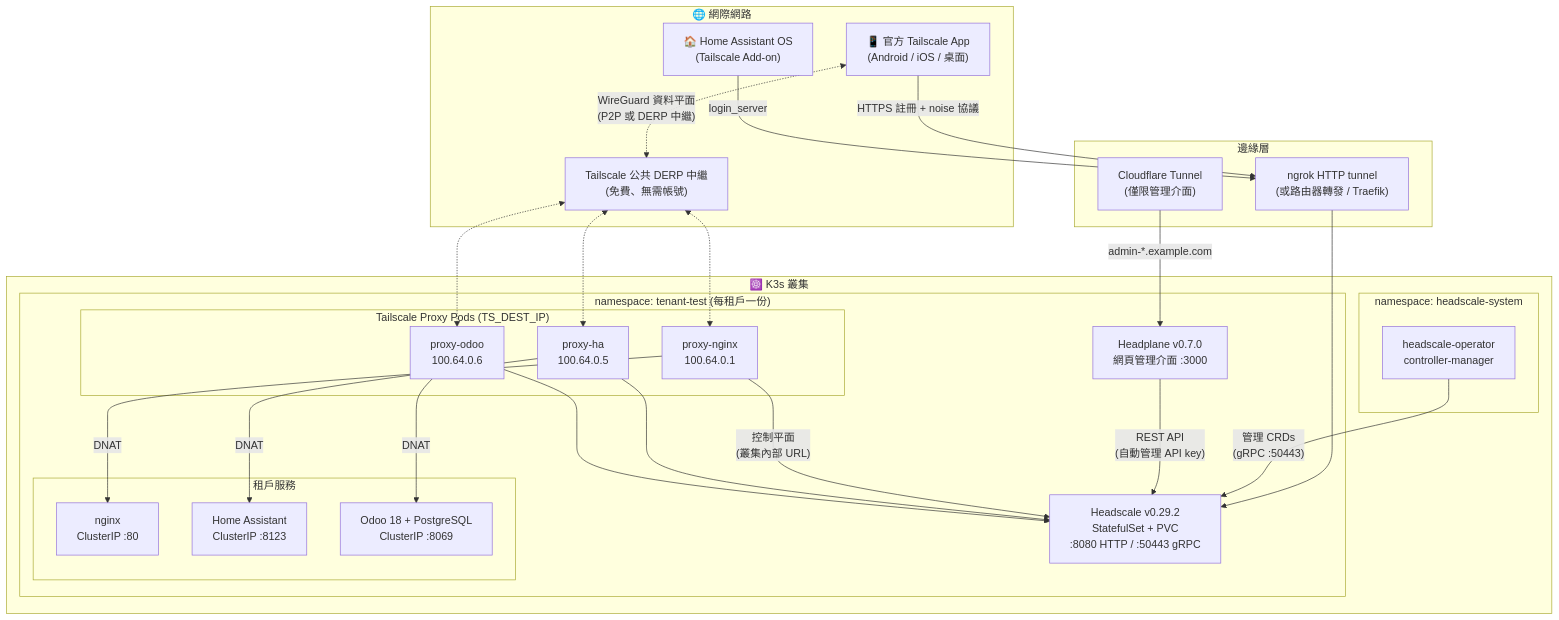
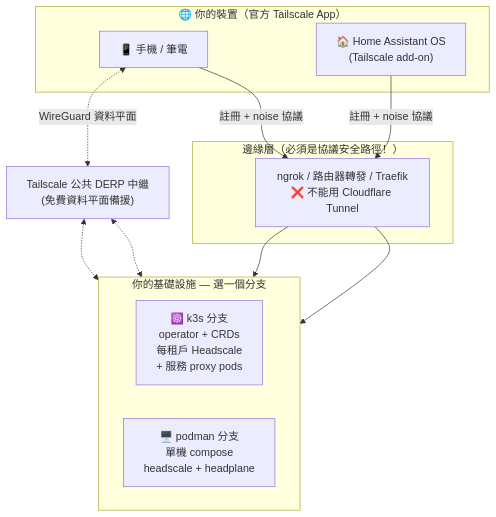
Before and after one commit to WOOWTECH/Woow_vpn_headscale_package: the diagram in README_zh-TW.md, drawn with Mermaid. The commit also changed other lines of this file and 25 other files, not shown here.

````diff
--- a/README_zh-TW.md
+++ b/README_zh-TW.md
@@ -54,51 +53,22 @@
 ```mermaid
 flowchart TB
-    subgraph Internet["🌐 網際網路"]
-        Phone["📱 官方 Tailscale App<br/>(Android / iOS / 桌面)"]
-        HAOS["🏠 Home Assistant OS<br/>(Tailscale Add-on)"]
-        DERP["Tailscale 公共 DERP 中繼<br/>(免費、無需帳號)"]
+    subgraph Clients["🌐 你的裝置（官方 Tailscale App）"]
+        Phone["📱 手機 / 筆電"]
+        HAOS["🏠 Home Assistant OS<br/>(Tailscale add-on)"]
     end
 
-    subgraph Edge["邊緣層"]
-        NGROK["ngrok HTTP tunnel<br/>(或路由器轉發 / Traefik)"]
-        CF["Cloudflare Tunnel<br/>(僅限管理介面)"]
+    subgraph Exposure["邊緣層（必須是協議安全路徑！）"]
+        EDGE["ngrok / 路由器轉發 / Traefik<br/>❌ 不能用 Cloudflare Tunnel"]
     end
 
-    subgraph K3s["☸️ K3s 叢集"]
-        subgraph OperatorNS["namespace: headscale-system"]
-            OP["headscale-operator<br/>controller-manager"]
-        end
-
-        subgraph TenantNS["namespace: tenant-test (每租戶一份)"]
-            HS["Headscale v0.29.2<br/>StatefulSet + PVC<br/>:8080 HTTP / :50443 gRPC"]
-            HP["Headplane v0.7.0<br/>網頁管理介面 :3000"]
-
-            subgraph Services["租戶服務"]
-                NGINX["nginx<br/>ClusterIP :80"]
-                HA["Home Assistant<br/>ClusterIP :8123"]
-                ODOO["Odoo 18 + PostgreSQL<br/>ClusterIP :8069"]
-            end
-
-            subgraph Proxies["Tailscale Proxy Pods (TS_DEST_IP)"]
-                P1["proxy-nginx<br/>100.64.0.1"]
-                P2["proxy-ha<br/>100.64.0.5"]
-                P3["proxy-odoo<br/>100.64.0.6"]
-            end
-        end
+    subgraph Hosting["你的基礎設施 — 選一個分支"]
+        direction LR
+        K3S["☸️ k3s 分支<br/>operator + CRDs<br/>每租戶 Headscale<br/>+ 服務 proxy pods"]
+        PODMAN["🖥️ podman 分支<br/>單機 compose<br/>headscale + headplane"]
     end
 
-    Phone -- "HTTPS 註冊 + noise 協議" --> NGROK
-    HAOS -- "login_server" --> NGROK
-    NGROK --> HS
-    CF -- "admin-*.example.com" --> HP
-    OP -- "管理 CRDs<br/>(gRPC :50443)" --> HS
-    HP -- "REST API<br/>(自動管理 API key)" --> HS
-    P1 -- "控制平面<br/>(叢集內部 URL)" --> HS
-    P2 --> HS
-    P3 --> HS
-    P1 -- "DNAT" --> NGINX
-    P2 -- "DNAT" --> HA
-    P3 -- "DNAT" --> ODOO
-    Phone <-. "WireGuard 資料平面<br/>(P2P 或 DERP 中繼)" .-> DERP
-    DERP <-.-> P1 & P2 & P3
+    DERP["Tailscale 公共 DERP 中繼<br/>(免費資料平面備援)"]
+
+    Phone & HAOS -- "註冊 + noise 協議" --> EDGE --> K3S & PODMAN
+    Phone <-. "WireGuard 資料平面" .-> DERP <-.-> K3S & PODMAN
 ```
````
